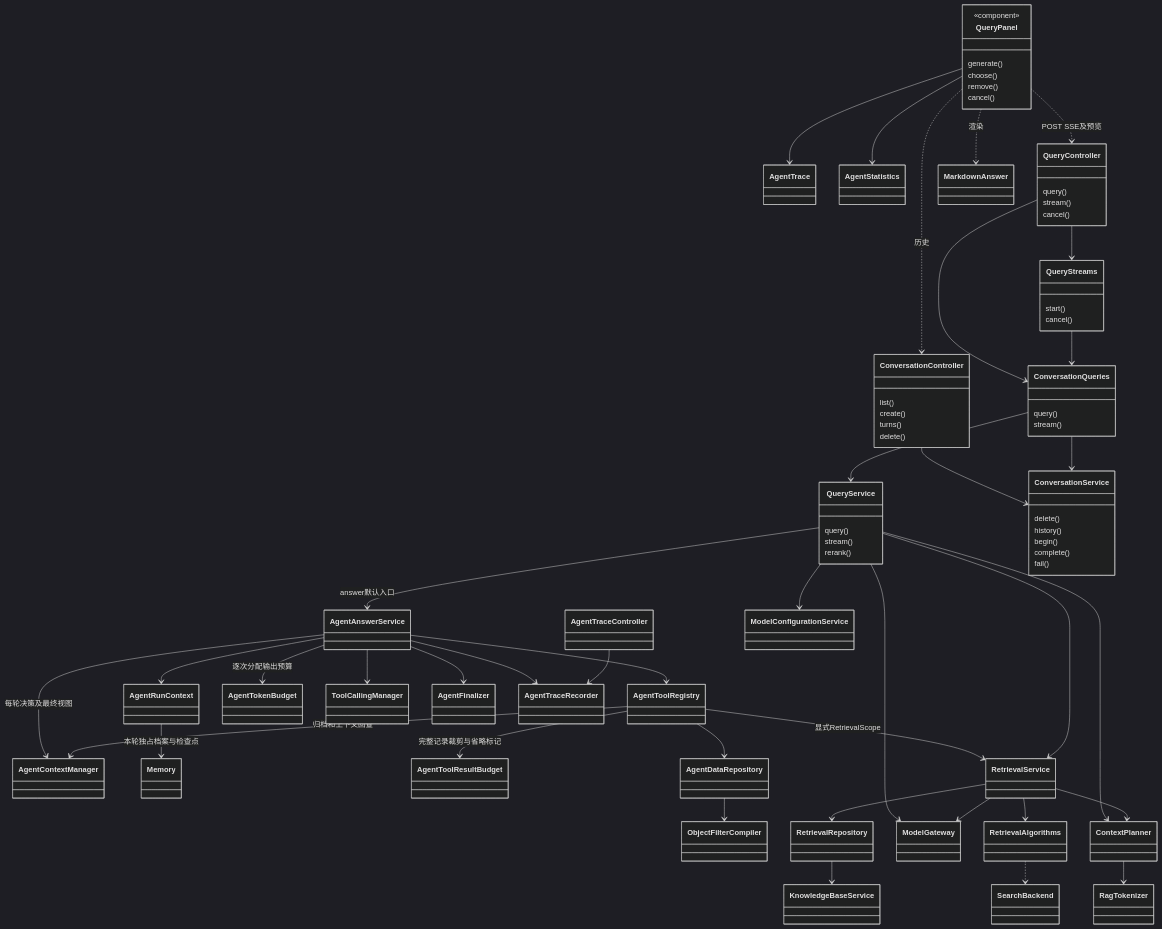
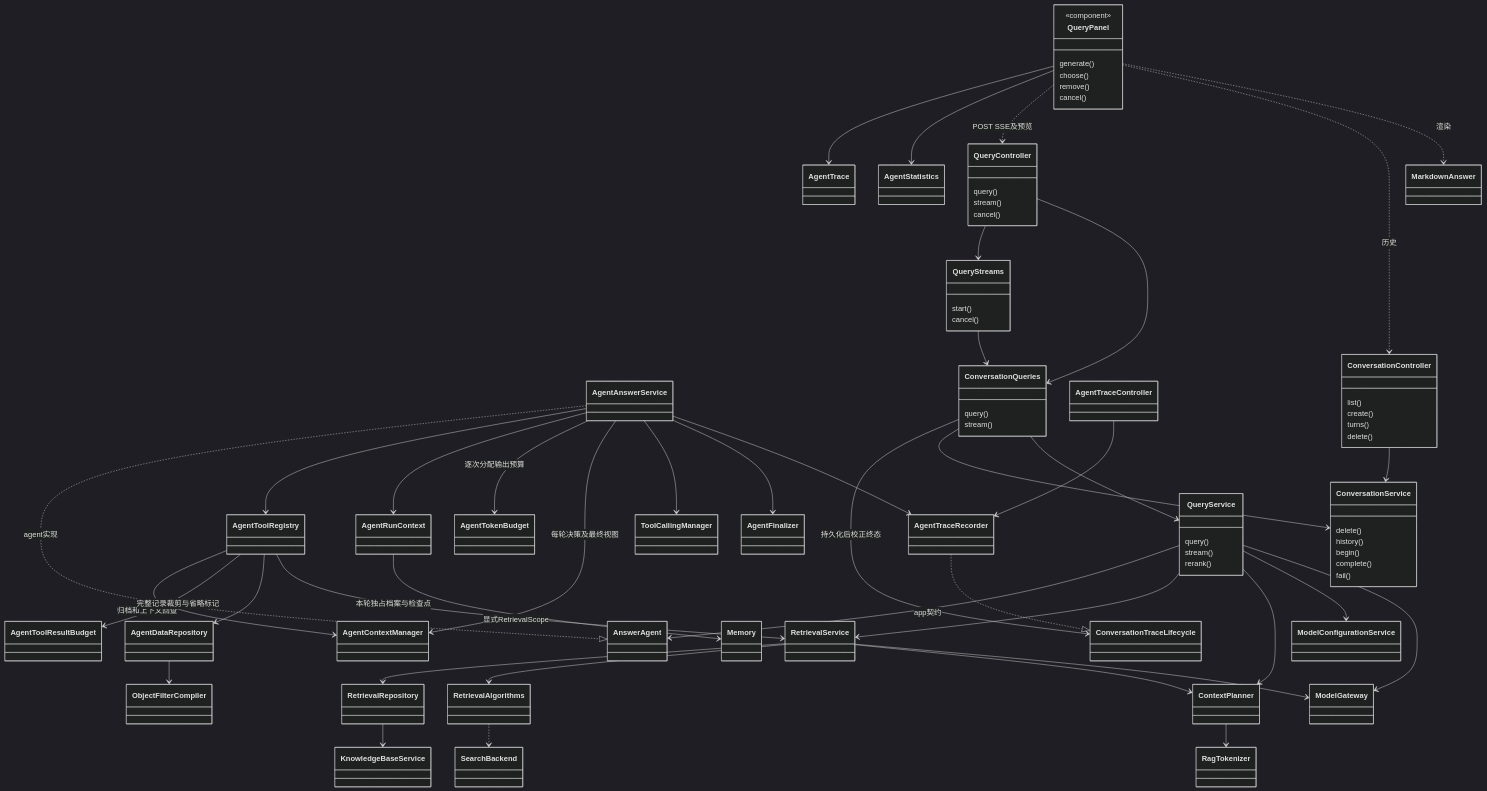
One commit to czhcc/TjLightRAG changed the first of 5 diagrams in docs/知识库问答实现.md. Above: the diagram before and after it, drawn with Mermaid (dark theme). The commit also changed other lines of this file and 35 other files, not shown here.

````diff
--- a/docs/知识库问答实现.md
+++ b/docs/知识库问答实现.md
@@ -24,78 +26,81 @@
 ```mermaid
 classDiagram
-    QueryService --> AgentAnswerService : answer默认入口
+    QueryService --> AnswerAgent : app契约
+    AgentAnswerService ..|> AnswerAgent : agent实现
+    ConversationQueries --> ConversationTraceLifecycle : 持久化后校正终态
+    AgentTraceRecorder ..|> ConversationTraceLifecycle
     AgentAnswerService --> AgentToolRegistry
     AgentAnswerService --> AgentRunContext
     AgentAnswerService --> AgentTokenBudget : 逐次分配输出预算
     AgentAnswerService --> AgentContextManager : 每轮决策及最终视图
     AgentToolRegistry --> AgentContextManager : 归档和上下文回查
     AgentRunContext --> Memory : 本轮独占档案与检查点
     AgentToolRegistry --> AgentToolResultBudget : 完整记录裁剪与省略标记
     AgentAnswerService --> ToolCallingManager
     AgentAnswerService --> AgentFinalizer
     AgentToolRegistry --> AgentDataRepository
     AgentDataRepository --> ObjectFilterCompiler
     AgentToolRegistry --> RetrievalService : 显式RetrievalScope
     AgentAnswerService --> AgentTraceRecorder
     AgentTraceController --> AgentTraceRecorder
     QueryPanel --> AgentTrace
     QueryPanel --> AgentStatistics
     class QueryPanel {
       <<component>>
       generate()
       choose()
       remove()
       cancel()
     }
     class QueryController {
       query()
       stream()
       cancel()
     }
     class QueryStreams {
       start()
       cancel()
     }
     class ConversationController {
       list()
       create()
       turns()
       delete()
     }
     class ConversationQueries {
       query()
       stream()
     }
     class ConversationService {
       delete()
       history()
       begin()
       complete()
       fail()
     }
     class QueryService {
       query()
       stream()
       rerank()
     }
     QueryPanel ..> QueryController : POST SSE及预览
     QueryPanel ..> ConversationController : 历史
     QueryPanel ..> MarkdownAnswer : 渲染
     QueryController --> QueryStreams
     QueryController --> ConversationQueries
     QueryStreams --> ConversationQueries
     ConversationController --> ConversationService
     ConversationQueries --> ConversationService
     ConversationQueries --> QueryService
     QueryService --> RetrievalService
     QueryService --> ContextPlanner
     QueryService --> ModelConfigurationService
     QueryService --> ModelGateway
     RetrievalService --> RetrievalRepository
     RetrievalService --> RetrievalAlgorithms
     RetrievalService --> ContextPlanner
     RetrievalService --> ModelGateway
     RetrievalAlgorithms ..> SearchBackend
     RetrievalRepository --> KnowledgeBaseService
     ContextPlanner --> RagTokenizer
 ```
````
